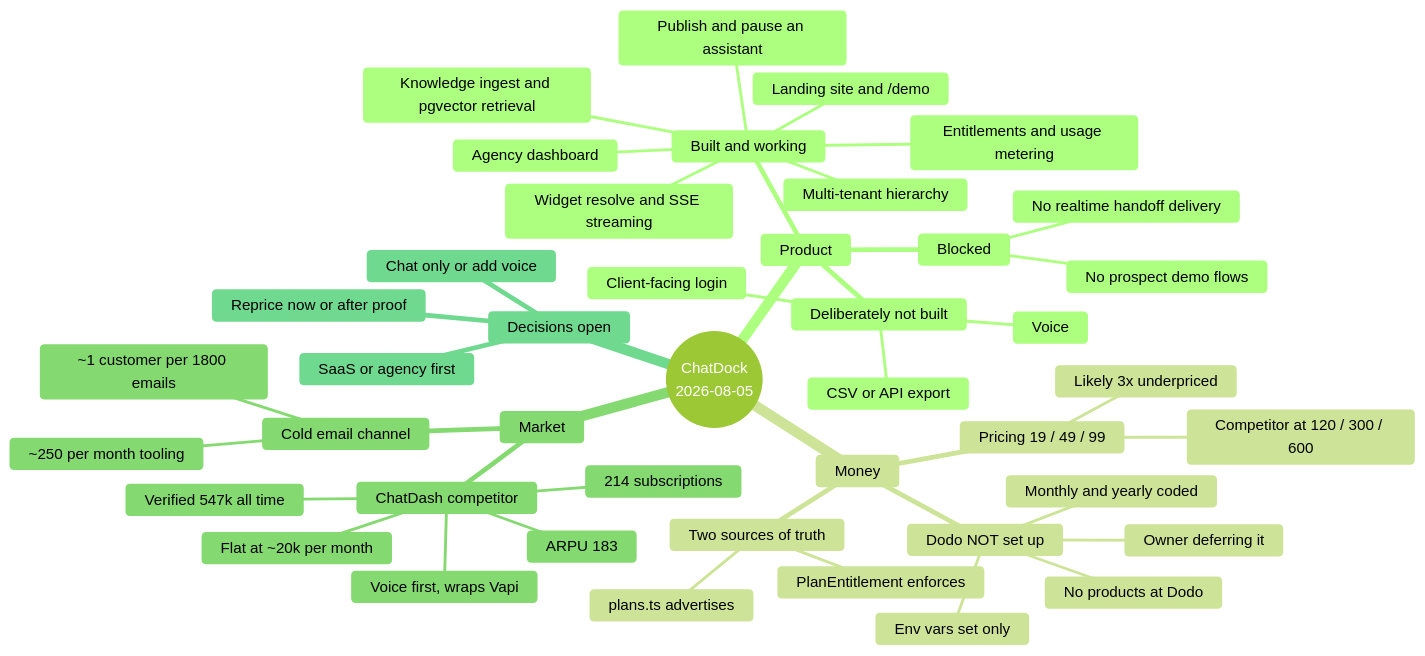
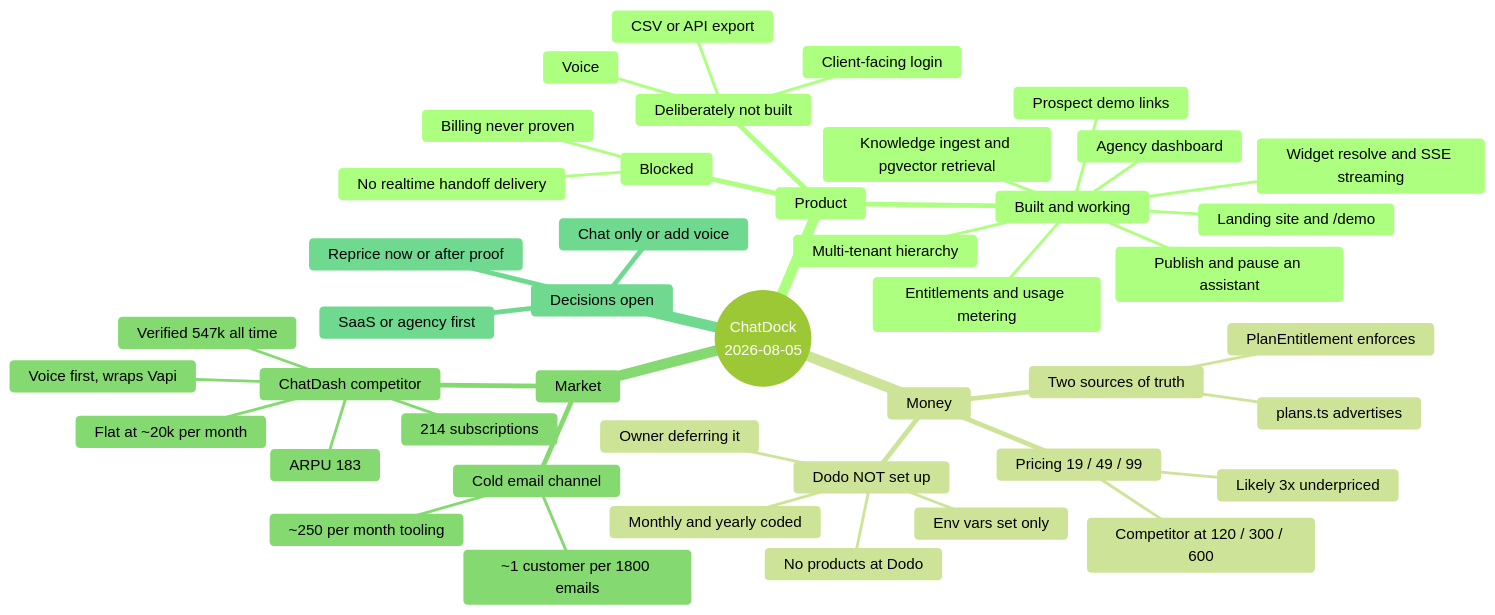
The diagram in docs/START-HERE.md (pratie/jimmy-ai), drawn with Mermaid (forest theme) before and after one commit. The commit also changed other lines of this file and 3 other files, not shown here.

````diff
--- a/docs/START-HERE.md
+++ b/docs/START-HERE.md
@@ -31,47 +31,48 @@
 ```mermaid
 mindmap
   root((ChatDock<br/>2026-08-05))
     Product
       Built and working
         Multi-tenant hierarchy
         Knowledge ingest and pgvector retrieval
         Widget resolve and SSE streaming
         Publish and pause an assistant
         Entitlements and usage metering
         Agency dashboard
         Landing site and /demo
+        Prospect demo links
       Blocked
         ::icon(fa fa-ban)
-        No prospect demo flows
         No realtime handoff delivery
+        Billing never proven
       Deliberately not built
         Voice
         Client-facing login
         CSV or API export
     Money
       Dodo NOT set up
         Env vars set only
         No products at Dodo
         Owner deferring it
         Monthly and yearly coded
       Pricing 19 / 49 / 99
         Competitor at 120 / 300 / 600
         Likely 3x underpriced
       Two sources of truth
         plans.ts advertises
         PlanEntitlement enforces
     Market
       ChatDash competitor
         Verified 547k all time
         214 subscriptions
         ARPU 183
         Flat at ~20k per month
         Voice first, wraps Vapi
       Cold email channel
         ~1 customer per 1800 emails
         ~250 per month tooling
     Decisions open
       SaaS or agency first
       Chat only or add voice
       Reprice now or after proof
 ```
````
